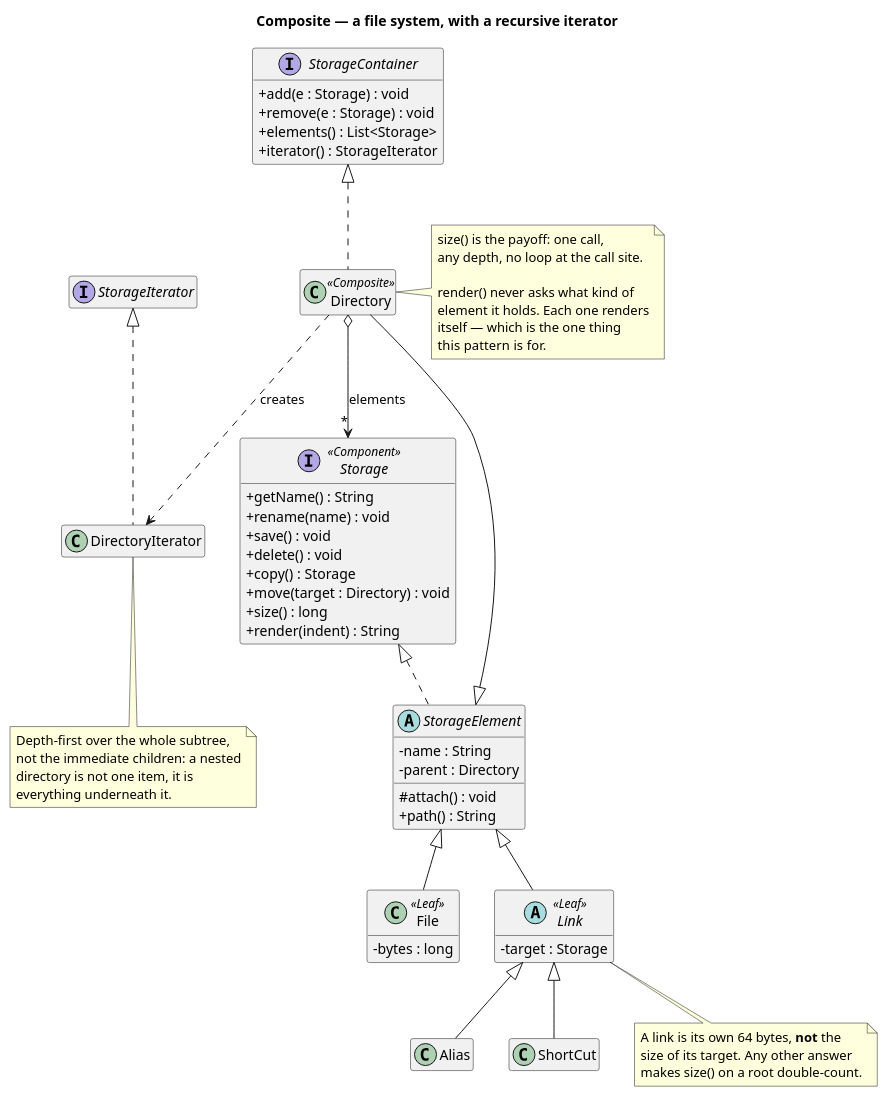
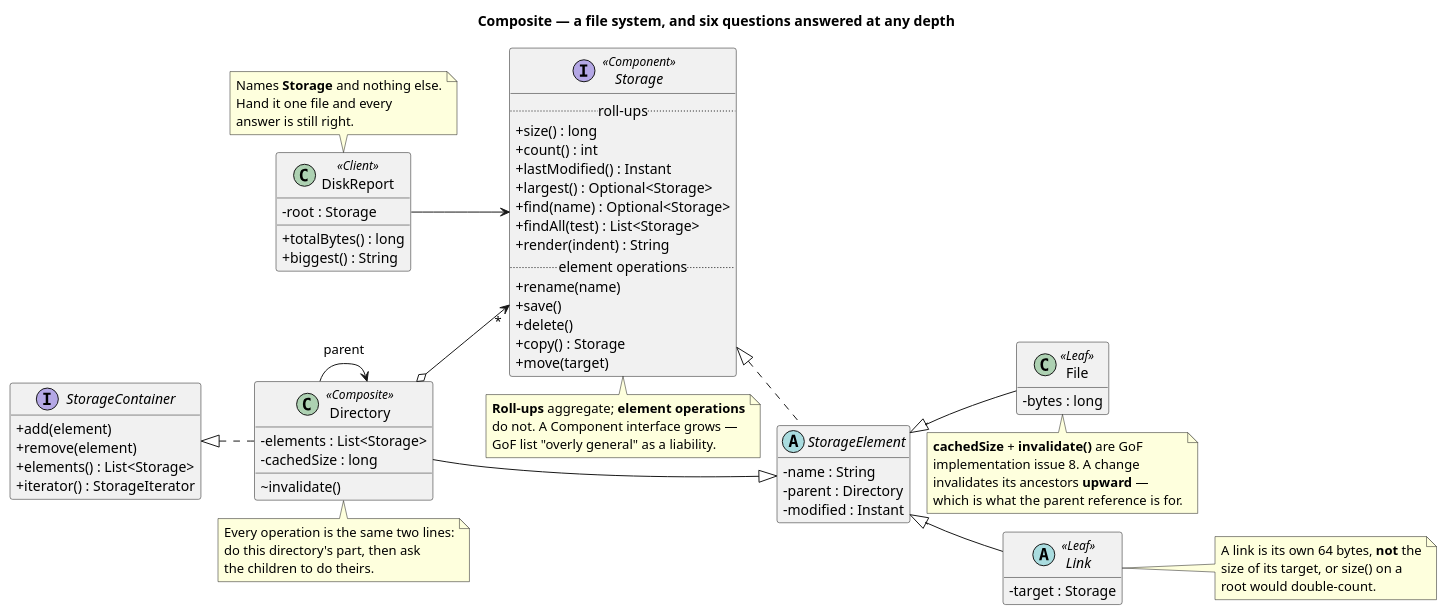
Before and after one commit to kaldiroglu/DesignPatternsWithJava: the diagram in src/main/java/dev/kaldiroglu/dp/structural/composite/fileSystem/uml/Composite - File System - Class Diagram.puml, drawn with PlantUML. The commit also changed 11 other files, not shown here.

First line of the commit message:
Give the Composite fileSystem example five more roll-ups and a cache

```diff
--- a/src/main/java/dev/kaldiroglu/dp/structural/composite/fileSystem/uml/Composite - File System - Class Diagram.puml
+++ b/src/main/java/dev/kaldiroglu/dp/structural/composite/fileSystem/uml/Composite - File System - Class Diagram.puml
@@ -1,80 +1,101 @@
 @startuml "Composite - File System - Class Diagram"
 skinparam classAttributeIconSize 0
 hide empty members
-title Composite — a file system, with a recursive iterator
+title Composite — a file system, and six questions answered at any depth
 
 
+left to right direction
+skinparam ranksep 16
+skinparam nodesep 18
+
 interface Storage <<Component>> {
-  + getName() : String
-  + rename(name) : void
-  + save() : void
-  + delete() : void
+  .. roll-ups ..
+  + size() : long
+  + count() : int
+  + lastModified() : Instant
+  + largest() : Optional<Storage>
+  + find(name) : Optional<Storage>
+  + findAll(test) : List<Storage>
+  + render(indent) : String
+  .. element operations ..
+  + rename(name)
+  + save()
+  + delete()
   + copy() : Storage
-  + move(target : Directory) : void
-  + size() : long
-  + render(indent) : String
+  + move(target)
+}
+
+interface StorageContainer {
+  + add(element)
+  + remove(element)
+  + elements() : List<Storage>
+  + iterator() : StorageIterator
 }
 
 abstract class StorageElement {
   - name : String
   - parent : Directory
-  # attach() : void
-  + path() : String
+  - modified : Instant
 }
 
 class File <<Leaf>> {
   - bytes : long
 }
+
 abstract class Link <<Leaf>> {
   - target : Storage
 }
-class Alias
-class ShortCut
 
-interface StorageContainer {
-  + add(e : Storage) : void
-  + remove(e : Storage) : void
-  + elements() : List<Storage>
-  + iterator() : StorageIterator
+class Directory <<Composite>> {
+  - elements : List<Storage>
+  - cachedSize : long
+  ~ invalidate()
 }
 
-class Directory <<Composite>>
-
-interface StorageIterator
-class DirectoryIterator
+class DiskReport <<Client>> {
+  - root : Storage
+  + totalBytes() : long
+  + biggest() : String
+}
 
 Storage <|.. StorageElement
 StorageElement <|-- File
 StorageElement <|-- Link
-Link <|-- Alias
-Link <|-- ShortCut
 StorageElement <|-- Directory
 StorageContainer <|.. Directory
-Directory o--> "*" Storage : elements
-Directory ..> DirectoryIterator : creates
-StorageIterator <|.. DirectoryIterator
+Directory o--> "*" Storage
+Directory --> Directory : "parent"
+DiskReport --> Storage
 
-note right of Directory
-  size() is the payoff: one call,
-  any depth, no loop at the call site.
-
-  render() never asks what kind of
-  element it holds. Each one renders
-  itself — which is the one thing
-  this pattern is for.
+note bottom of Directory
+  Every operation is the same two lines:
+  do this directory's part, then ask
+  the children to do theirs.
 end note
 
-note bottom of Link
-  A link is its own 64 bytes, <b>not</b> the
-  size of its target. Any other answer
-  makes size() on a root double-count.
+note top of DiskReport
+  Names <b>Storage</b> and nothing else.
+  Hand it one file and every
+  answer is still right.
 end note
 
-note bottom of DirectoryIterator
-  Depth-first over the whole subtree,
-  not the immediate children: a nested
-  directory is not one item, it is
-  everything underneath it.
+note bottom of Storage
+  <b>Roll-ups</b> aggregate; <b>element operations</b>
+  do not. A Component interface grows —
+  GoF list "overly general" as a liability.
+end note
+
+note right of Link
+  A link is its own 64 bytes, <b>not</b> the
+  size of its target, or size() on a
+  root would double-count.
+end note
+
+note bottom of File
+  <b>cachedSize</b> + <b>invalidate()</b> are GoF
+  implementation issue 8. A change
+  invalidates its ancestors <b>upward</b> —
+  which is what the parent reference is for.
 end note
 
 @enduml
```
